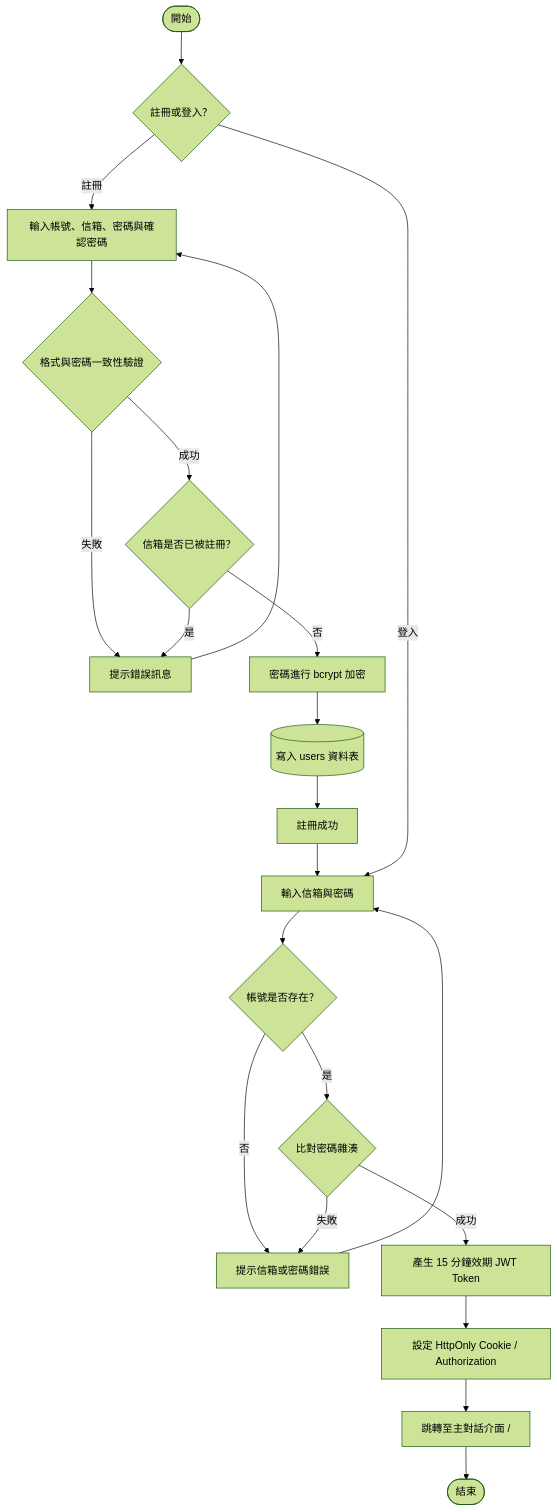
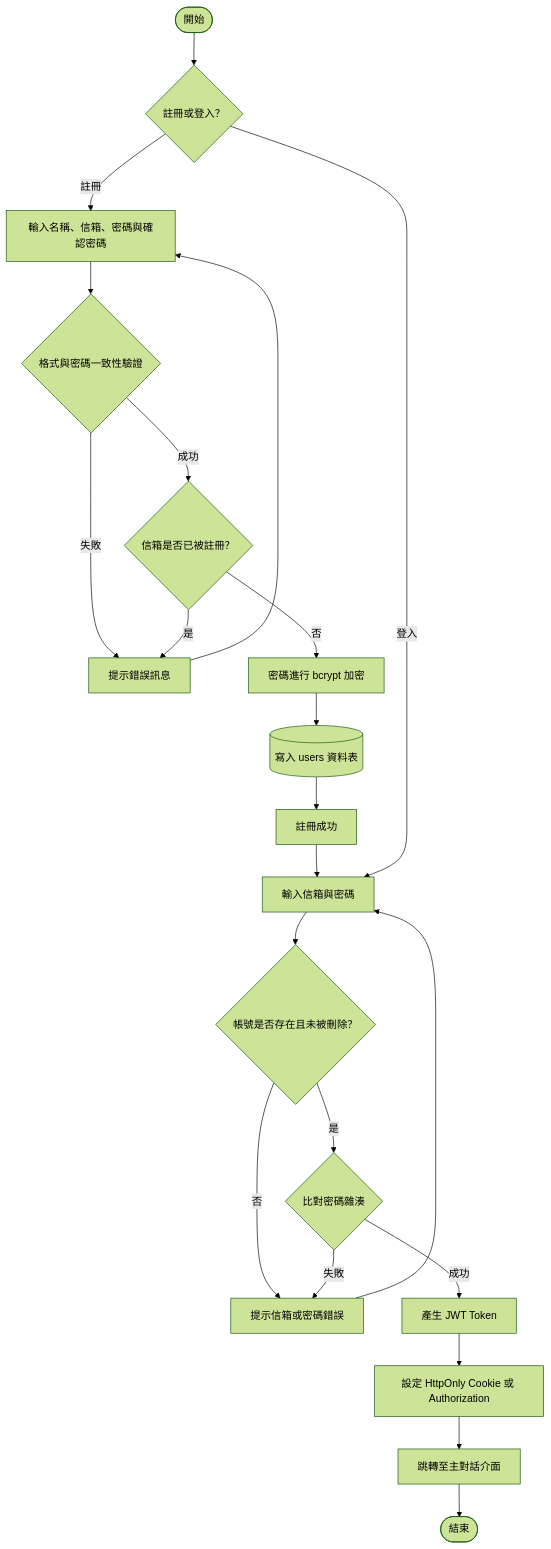
Before and after one commit to nearcsie/near-chat: the first of 5 diagrams in docs/report-3.md, drawn with Mermaid (forest theme). The commit also changed other lines of this file and 1 other file, not shown here.

Commit message:
docs:update report-3 and er-diagram picture

````diff
--- a/docs/report-3.md
+++ b/docs/report-3.md
@@ -183,25 +258,23 @@
 ```mermaid
 flowchart TD
     Start([開始]) --> Choice{註冊或登入？}
-    
-    %% 註冊分支
-    Choice -- 註冊 --> RegInput[輸入帳號、信箱、密碼與確認密碼]
+
+    Choice -- 註冊 --> RegInput[輸入名稱、信箱、密碼與確認密碼]
     RegInput --> RegValid{格式與密碼一致性驗證}
     RegValid -- 失敗 --> RegErr[提示錯誤訊息] --> RegInput
     RegValid -- 成功 --> CheckEmailExist{信箱是否已被註冊？}
     CheckEmailExist -- 是 --> RegErr
     CheckEmailExist -- 否 --> Bcrypt[密碼進行 bcrypt 加密]
     Bcrypt --> DBInsertUser[(寫入 users 資料表)]
     DBInsertUser --> RegSuccess[註冊成功] --> LoginInput
-    
-    %% 登入分支
+
     Choice -- 登入 --> LoginInput[輸入信箱與密碼]
-    LoginInput --> CheckUser{帳號是否存在？}
+    LoginInput --> CheckUser{帳號是否存在且未被刪除？}
     CheckUser -- 否 --> LoginErr[提示信箱或密碼錯誤] --> LoginInput
     CheckUser -- 是 --> VerifyHash{比對密碼雜湊}
     VerifyHash -- 失敗 --> LoginErr
-    VerifyHash -- 成功 --> GenJWT[產生 15 分鐘效期 JWT Token]
-    GenJWT --> SetCookie[設定 HttpOnly Cookie / Authorization]
-    SetCookie --> RedirectMain[跳轉至主對話介面 /]
+    VerifyHash -- 成功 --> GenJWT[產生 JWT Token]
+    GenJWT --> SetCookie[設定 HttpOnly Cookie 或 Authorization]
+    SetCookie --> RedirectMain[跳轉至主對話介面]
     RedirectMain --> End([結束])
 ```
````
